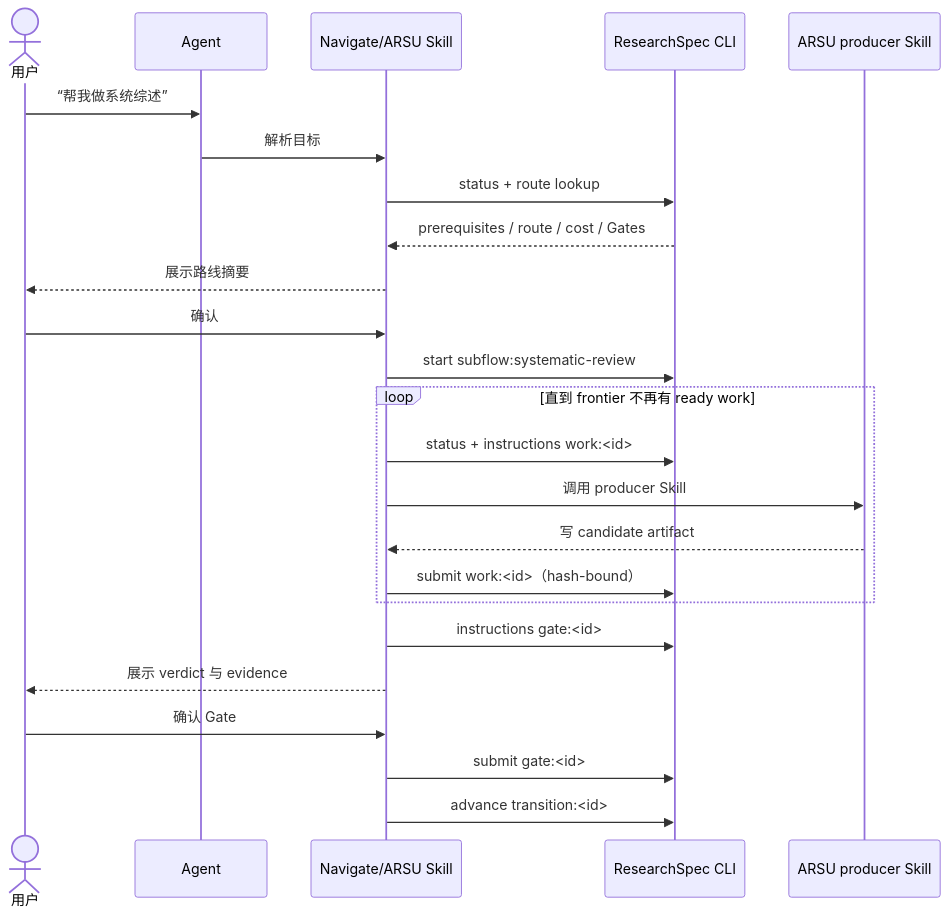
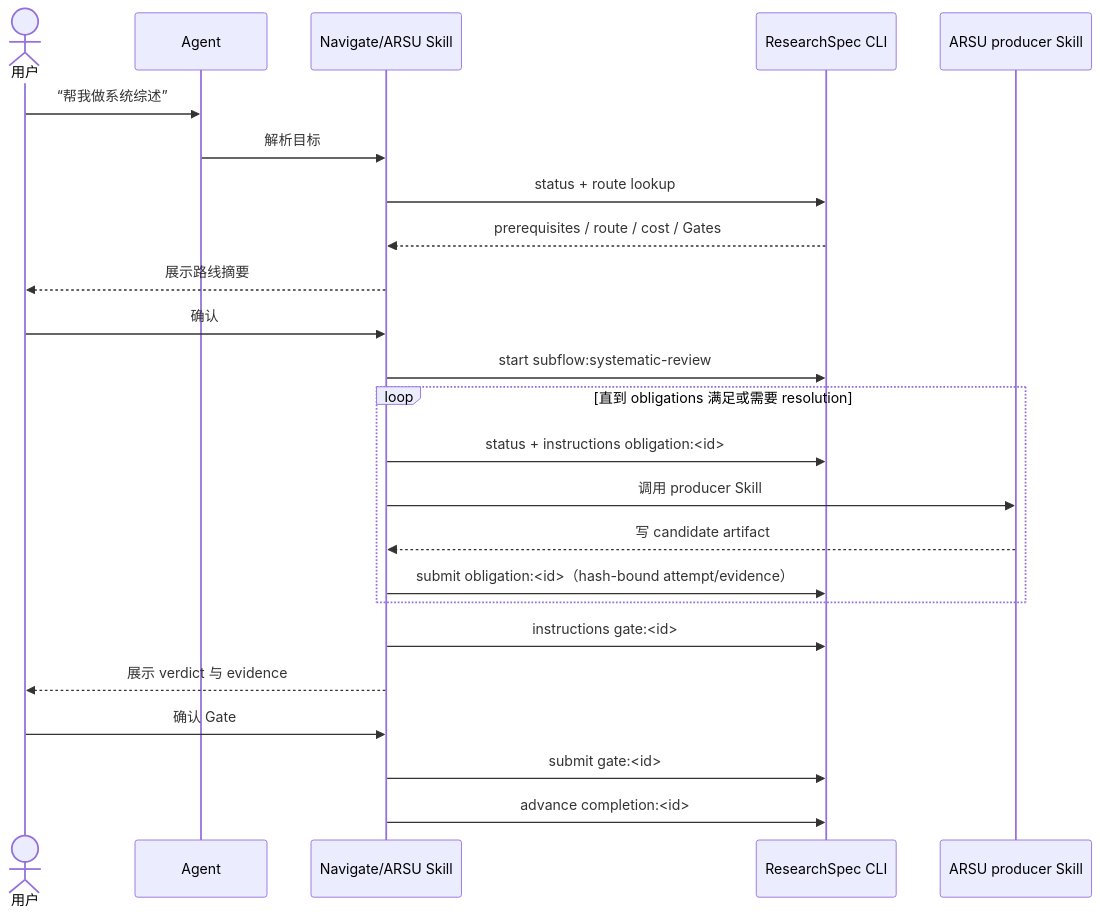
Before and after one commit to leike0813/ResearchSpec: the third of 8 diagrams in docs/arsu_user_usage_model.md, drawn with Mermaid. The commit also changed other lines of this file and 114 other files, not shown here.

````diff
--- a/docs/arsu_user_usage_model.md
+++ b/docs/arsu_user_usage_model.md
@@ -196,27 +203,27 @@
 ```mermaid
 sequenceDiagram
     actor U as 用户
     participant A as Agent
     participant N as Navigate/ARSU Skill
     participant C as ResearchSpec CLI
     participant S as ARSU producer Skill
 
     U->>A: “帮我做系统综述”
     A->>N: 解析目标
     N->>C: status + route lookup
     C-->>N: prerequisites / route / cost / Gates
     N-->>U: 展示路线摘要
     U->>N: 确认
     N->>C: start subflow:systematic-review
-    loop 直到 frontier 不再有 ready work
-        N->>C: status + instructions work:<id>
+    loop 直到 obligations 满足或需要 resolution
+        N->>C: status + instructions obligation:<id>
         N->>S: 调用 producer Skill
         S-->>N: 写 candidate artifact
-        N->>C: submit work:<id>（hash-bound）
+        N->>C: submit obligation:<id>（hash-bound attempt/evidence）
     end
     N->>C: instructions gate:<id>
     N-->>U: 展示 verdict 与 evidence
     U->>N: 确认 Gate
     N->>C: submit gate:<id>
-    N->>C: advance transition:<id>
+    N->>C: advance completion:<id>
 ```
````
